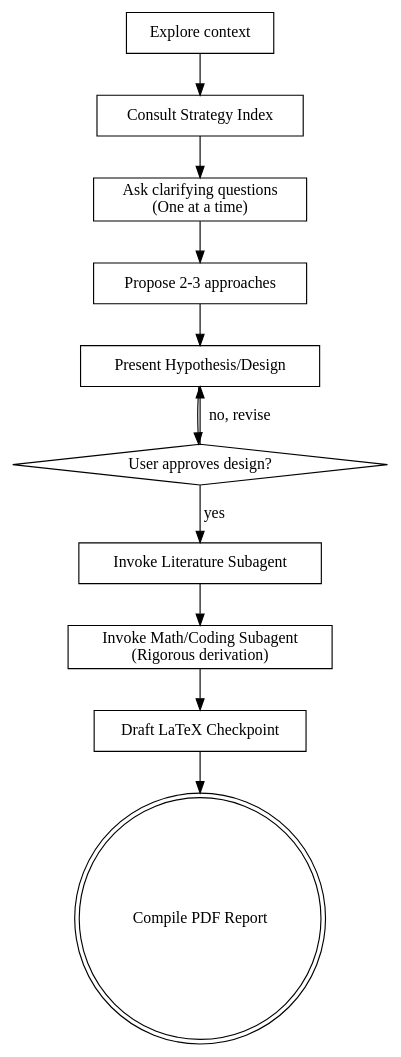
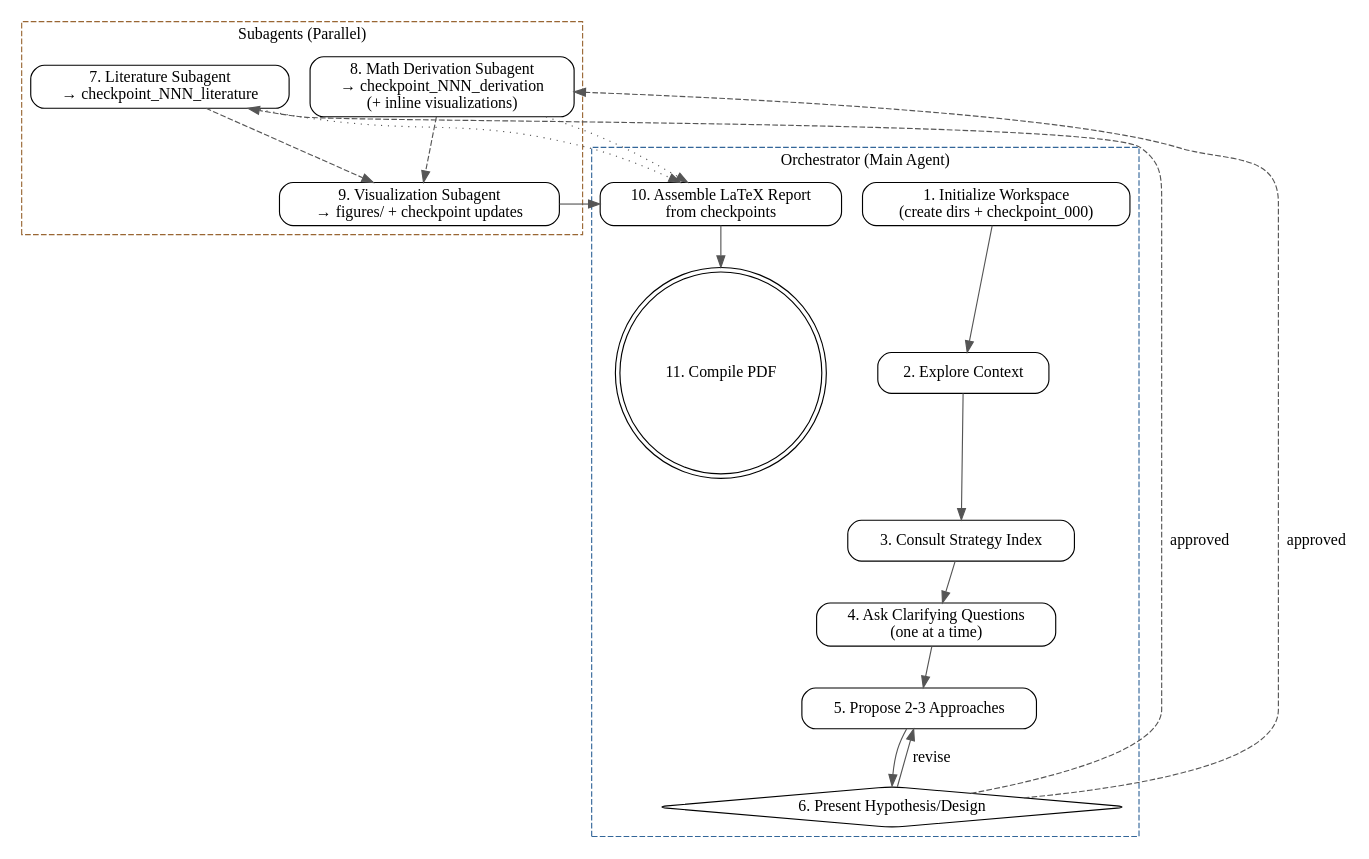
The diagram in skills/co-scientist/SKILL.md (biprateep/science-skills), drawn with Graphviz before and after one commit. The commit also changed other lines of this file and 3 other files, not shown here.

First line of the commit message:
co-scientist v0.2: address activation, math rigor, checkpointing, subagent architecture, and visualization flaws

````diff
--- a/skills/co-scientist/SKILL.md
+++ b/skills/co-scientist/SKILL.md
@@ -60,25 +363,47 @@
 ```dot
-digraph coscientist {
-    "Explore context" [shape=box];
-    "Consult Strategy Index" [shape=box];
-    "Ask clarifying questions\n(One at a time)" [shape=box];
-    "Propose 2-3 approaches" [shape=box];
-    "Present Hypothesis/Design" [shape=box];
-    "User approves design?" [shape=diamond];
-    "Invoke Literature Subagent" [shape=box];
-    "Invoke Math/Coding Subagent\n(Rigorous derivation)" [shape=box];
-    "Draft LaTeX Checkpoint" [shape=box];
-    "Compile PDF Report" [shape=doublecircle];
+digraph coscientist_v3 {
+    rankdir=TB;
+    node [shape=box, style="rounded"];
+    edge [color="#555555"];
 
-    "Explore context" -> "Consult Strategy Index";
-    "Consult Strategy Index" -> "Ask clarifying questions\n(One at a time)";
-    "Ask clarifying questions\n(One at a time)" -> "Propose 2-3 approaches";
-    "Propose 2-3 approaches" -> "Present Hypothesis/Design";
-    "Present Hypothesis/Design" -> "User approves design?";
-    "User approves design?" -> "Present Hypothesis/Design" [label="no, revise"];
-    "User approves design?" -> "Invoke Literature Subagent" [label="yes"];
-    "Invoke Literature Subagent" -> "Invoke Math/Coding Subagent\n(Rigorous derivation)";
-    "Invoke Math/Coding Subagent\n(Rigorous derivation)" -> "Draft LaTeX Checkpoint";
-    "Draft LaTeX Checkpoint" -> "Compile PDF Report";
+    subgraph cluster_orchestrator {
+        label="Orchestrator (Main Agent)";
+        style=dashed;
+        color="#336699";
+
+        init [label="1. Initialize Workspace\n(create dirs + checkpoint_000)"];
+        explore [label="2. Explore Context"];
+        strategy [label="3. Consult Strategy Index"];
+        clarify [label="4. Ask Clarifying Questions\n(one at a time)"];
+        propose [label="5. Propose 2-3 Approaches"];
+        gate [label="6. Present Hypothesis/Design" shape=diamond];
+        assemble [label="10. Assemble LaTeX Report\nfrom checkpoints"];
+        compile [label="11. Compile PDF" shape=doublecircle];
+    }
+
+    subgraph cluster_subagents {
+        label="Subagents (Parallel)";
+        style=dashed;
+        color="#996633";
+
+        lit [label="7. Literature Subagent\n→ checkpoint_NNN_literature"];
+        math [label="8. Math Derivation Subagent\n→ checkpoint_NNN_derivation\n(+ inline visualizations)"];
+        viz [label="9. Visualization Subagent\n→ figures/ + checkpoint updates"];
+    }
+
+    init -> explore;
+    explore -> strategy;
+    strategy -> clarify;
+    clarify -> propose;
+    propose -> gate;
+    gate -> propose [label="revise"];
+    gate -> lit [label="approved" style=dashed];
+    gate -> math [label="approved" style=dashed];
+    lit -> viz [style=dashed];
+    math -> viz [style=dashed];
+    viz -> assemble;
+    lit -> assemble [style=dotted];
+    math -> assemble [style=dotted];
+    assemble -> compile;
 }
 ```
````
